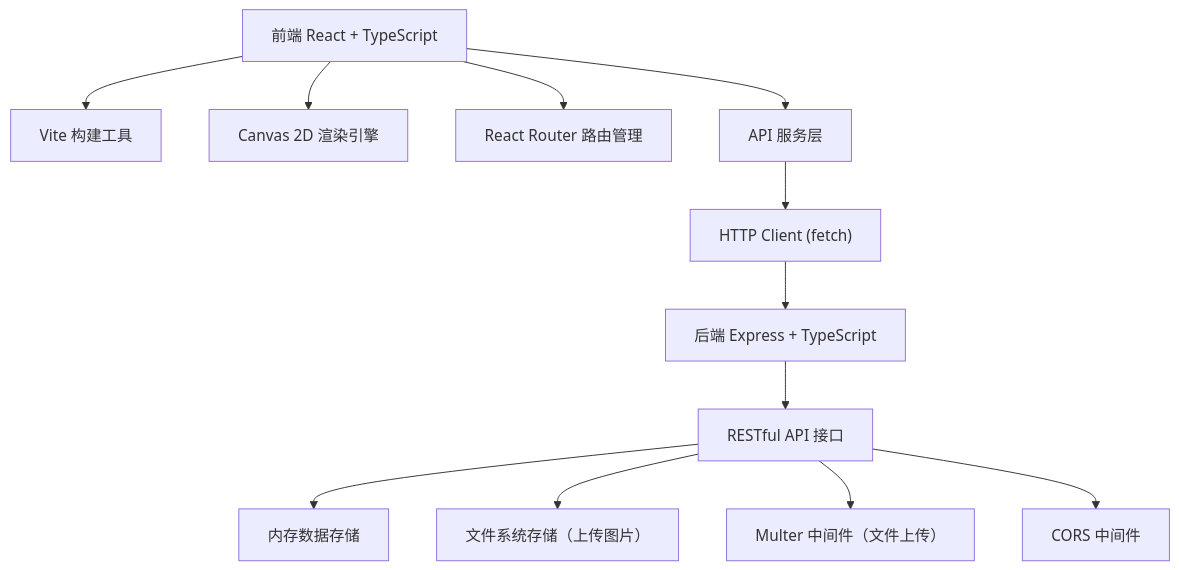
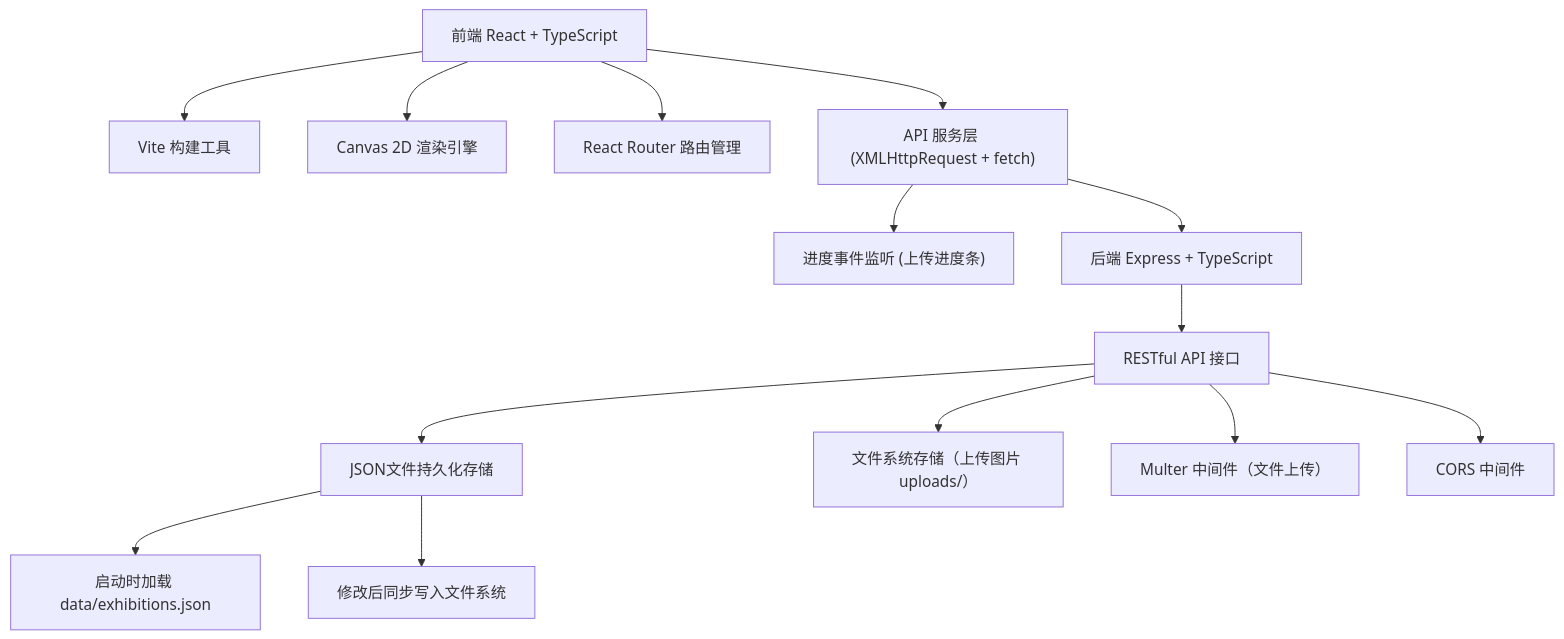
Before and after one commit to SChen0447/solo_new: the first of 3 diagrams in cp2_6.11_auto8/.trae/documents/technical-architecture.md, drawn with Mermaid. The commit also changed 26 other files, not shown here.

````diff
--- a/cp2_6.11_auto8/.trae/documents/technical-architecture.md
+++ b/cp2_6.11_auto8/.trae/documents/technical-architecture.md
@@ -3,14 +3,16 @@
 ```mermaid
 graph TD
     A["前端 React + TypeScript"] --> B["Vite 构建工具"]
     A --> C["Canvas 2D 渲染引擎"]
     A --> D["React Router 路由管理"]
-    A --> E["API 服务层"]
-    E --> F["HTTP Client (fetch)"]
-    F --> G["后端 Express + TypeScript"]
+    A --> E["API 服务层 (XMLHttpRequest + fetch)"]
+    E --> F["进度事件监听 (上传进度条)"]
+    E --> G["后端 Express + TypeScript"]
     G --> H["RESTful API 接口"]
-    H --> I["内存数据存储"]
-    H --> J["文件系统存储（上传图片）"]
+    H --> I["JSON文件持久化存储"]
+    I --> I1["启动时加载 data/exhibitions.json"]
+    I --> I2["修改后同步写入文件系统"]
+    H --> J["文件系统存储（上传图片 uploads/）"]
     H --> K["Multer 中间件（文件上传）"]
     H --> L["CORS 中间件"]
 ```
````
